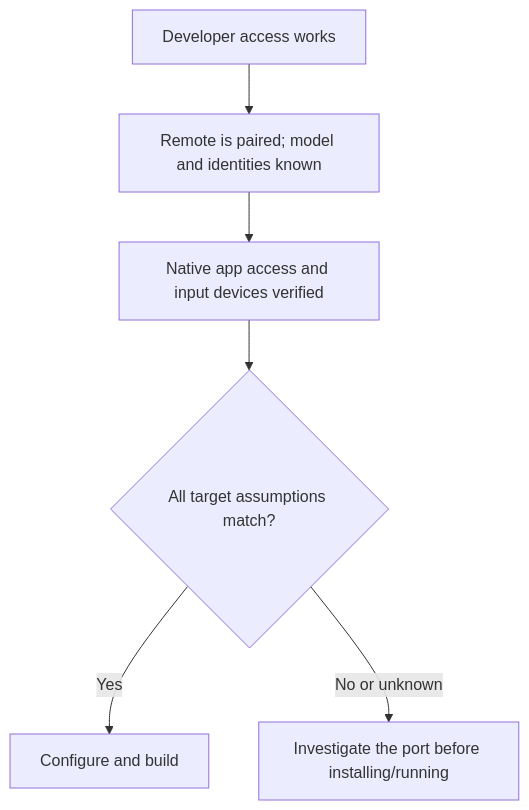
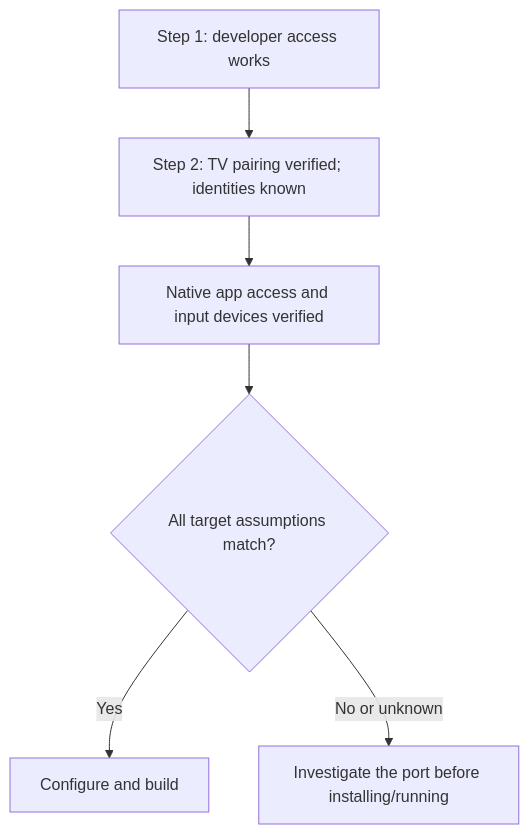
One commit to super-dog-human/magic-sirimote changed the sixth of 9 diagrams in README.md. Above: the diagram before and after it, drawn with Mermaid. The commit also changed other lines of this file and 5 other files, not shown here.

````diff
--- a/README.md
+++ b/README.md
@@ -229,8 +228,8 @@
 ```mermaid
 flowchart TD
-    A["Developer access works"] --> B["Remote is paired; model and identities known"]
+    A["Step 1: developer access works"] --> B["Step 2: TV pairing verified; identities known"]
     B --> C["Native app access and input devices verified"]
     C --> D{"All target assumptions match?"}
     D -->|Yes| E["Configure and build"]
     D -->|No or unknown| F["Investigate the port before installing/running"]
 ```
````
